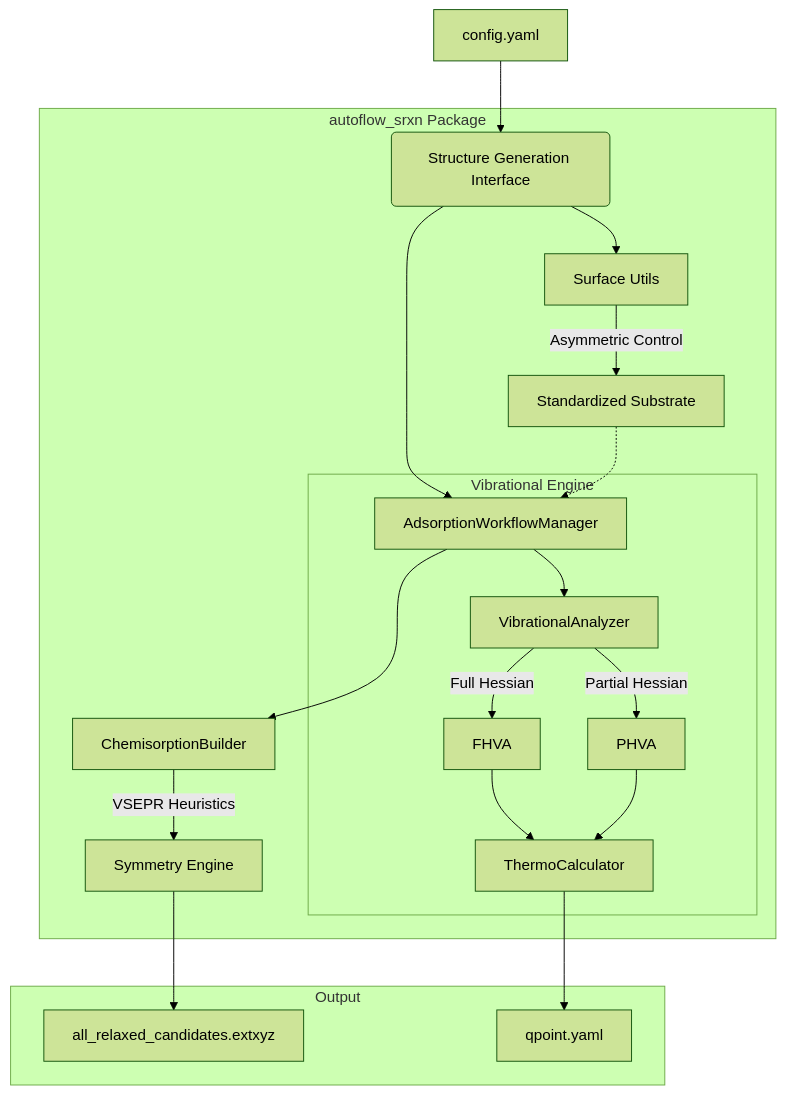
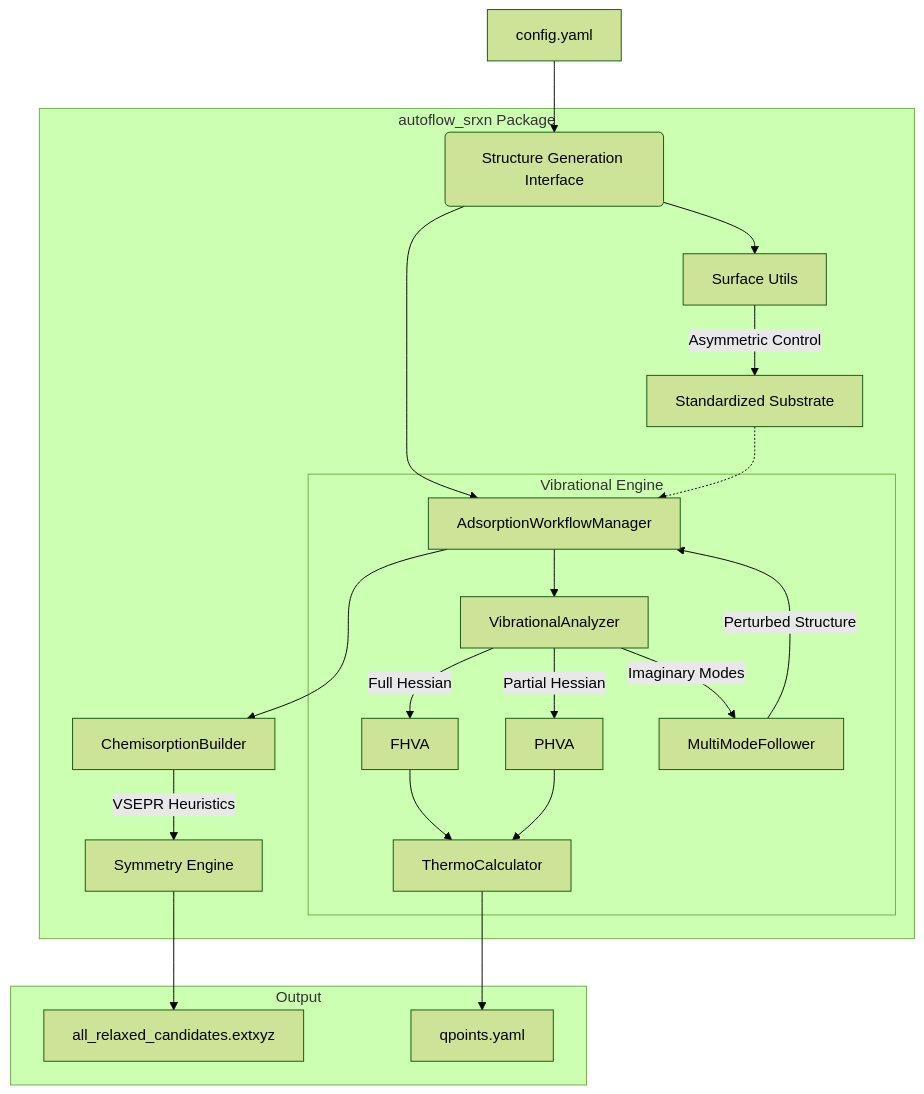
One commit to DonghLee57/autoflow_SRXN changed the diagram in README.md. Above: the diagram before and after it, drawn with Mermaid (forest theme). The commit also changed other lines of this file and 6140 other files, not shown here.

Commit message:
Update README and standardize vibrational analysis outputs to Phonopy-compatible nested format; implement pure ASE architecture

````diff
--- a/README.md
+++ b/README.md
@@ -47,24 +52,26 @@
 ```mermaid
 graph TD
     A[config.yaml] --> B(Structure Generation Interface)
     subgraph pkg [autoflow_srxn Package]
         B --> P[Surface Utils]
         P -->|Asymmetric Control| PA[Standardized Substrate]
         B --> C[AdsorptionWorkflowManager]
         PA -.-> C
         C --> D[ChemisorptionBuilder]
         D -->|VSEPR Heuristics| SY[Symmetry Engine]
         
         subgraph VIB [Vibrational Engine]
             C --> VA[VibrationalAnalyzer]
             VA -->|Full Hessian| FH[FHVA]
             VA -->|Partial Hessian| PH[PHVA]
             FH & PH --> TC[ThermoCalculator]
+            VA -->|Imaginary Modes| MF[MultiModeFollower]
+            MF -->|Perturbed Structure| C
         end
     end
     
     subgraph Output
         SY --> G[all_relaxed_candidates.extxyz]
-        TC --> Q[qpoint.yaml]
+        TC --> Q[qpoints.yaml]
     end
 ```
````
